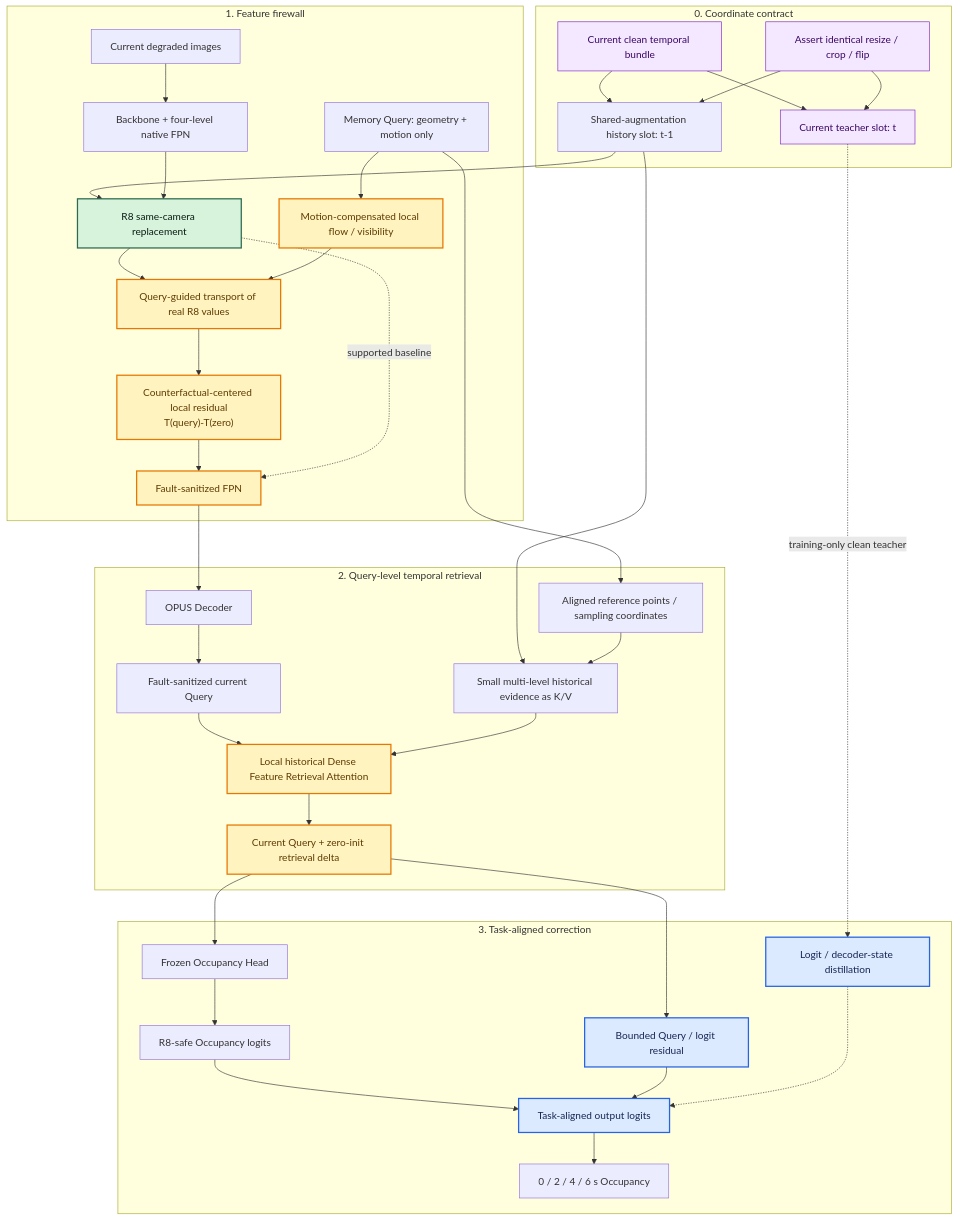
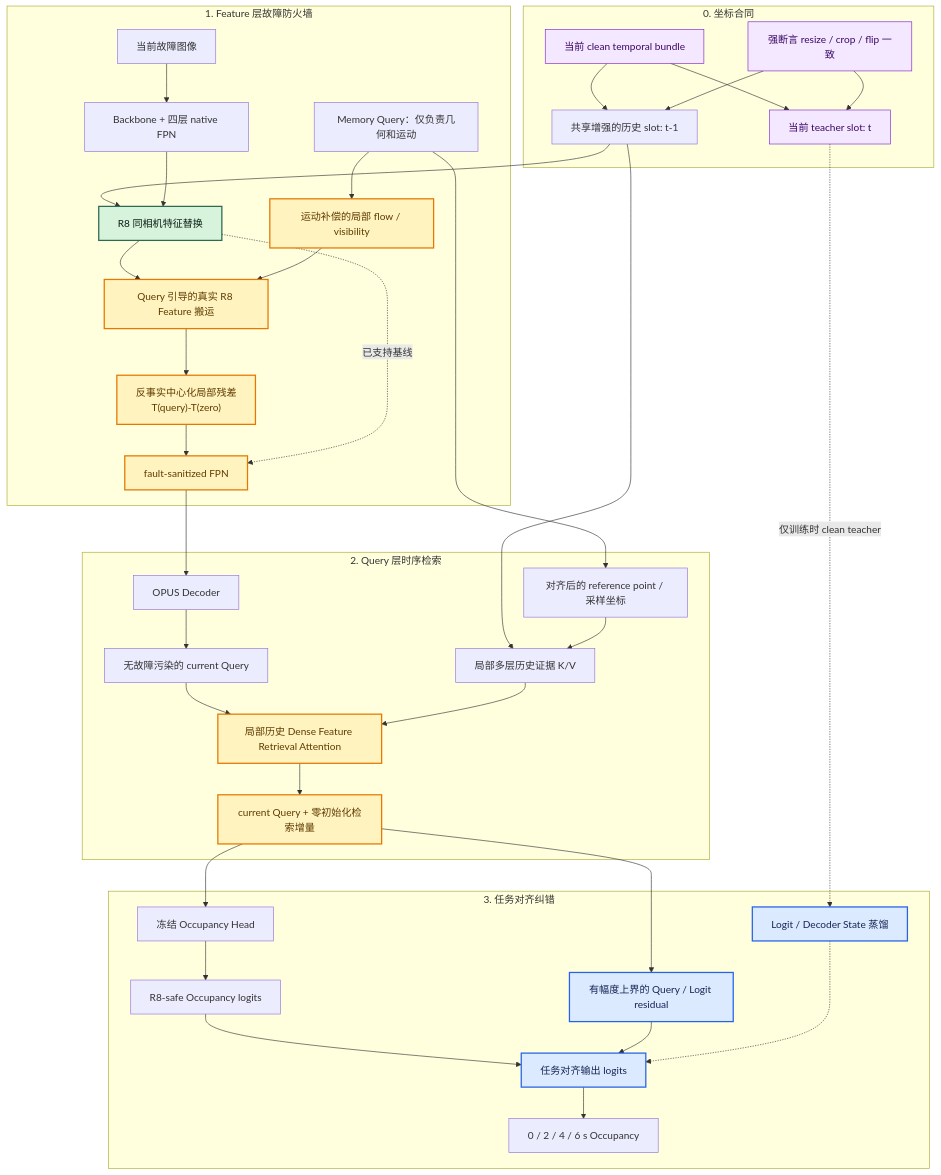
The diagram in README.md (Rexlion777/SparseWorld-4D-Occupancy), drawn with Mermaid before and after one commit. The commit also changed other lines of this file and 3 other files, not shown here.

````diff
--- a/README.md
+++ b/README.md
@@ -121,52 +75,52 @@
 ```mermaid
 flowchart TB
-    subgraph C0["0. Coordinate contract"]
-        CT["Current clean temporal bundle"] --> CF["Current teacher slot: t"]
-        CT --> HF["Shared-augmentation history slot: t-1"]
-        IDA["Assert identical resize / crop / flip"] --> HF
+    subgraph C0["0. 坐标合同"]
+        CT["当前 clean temporal bundle"] --> CF["当前 teacher slot: t"]
+        CT --> HF["共享增强的历史 slot: t-1"]
+        IDA["强断言 resize / crop / flip 一致"] --> HF
         IDA --> CF
     end
 
-    subgraph C1["1. Feature firewall"]
-        DI["Current degraded images"] --> NF["Backbone + four-level native FPN"]
-        HF --> R8["R8 same-camera replacement"]
+    subgraph C1["1. Feature 层故障防火墙"]
+        DI["当前故障图像"] --> NF["Backbone + 四层 native FPN"]
+        HF --> R8["R8 同相机特征替换"]
         NF --> R8
-        MQ["Memory Query: geometry + motion only"] --> FLOW["Motion-compensated local flow / visibility"]
-        R8 --> TRANS["Query-guided transport of real R8 values"]
+        MQ["Memory Query：仅负责几何和运动"] --> FLOW["运动补偿的局部 flow / visibility"]
+        R8 --> TRANS["Query 引导的真实 R8 Feature 搬运"]
         FLOW --> TRANS
-        TRANS --> CEN["Counterfactual-centered local residual<br/>T(query)-T(zero)"]
-        CEN --> SAFE["Fault-sanitized FPN"]
+        TRANS --> CEN["反事实中心化局部残差<br/>T(query)-T(zero)"]
+        CEN --> SAFE["fault-sanitized FPN"]
     end
 
-    subgraph C2["2. Query-level temporal retrieval"]
+    subgraph C2["2. Query 层时序检索"]
         SAFE --> OPUS["OPUS Decoder"]
-        OPUS --> QB["Fault-sanitized current Query"]
-        MQ --> COORD["Aligned reference points / sampling coordinates"]
-        HF --> KV["Small multi-level historical evidence as K/V"]
+        OPUS --> QB["无故障污染的 current Query"]
+        MQ --> COORD["对齐后的 reference point / 采样坐标"]
+        HF --> KV["局部多层历史证据 K/V"]
         COORD --> KV
-        QB --> ATTN["Local historical Dense Feature Retrieval Attention"]
+        QB --> ATTN["局部历史 Dense Feature Retrieval Attention"]
         KV --> ATTN
-        ATTN --> QOUT["Current Query + zero-init retrieval delta"]
+        ATTN --> QOUT["current Query + 零初始化检索增量"]
     end
 
-    subgraph C3["3. Task-aligned correction"]
-        QOUT --> HEAD["Frozen Occupancy Head"]
+    subgraph C3["3. 任务对齐纠错"]
+        QOUT --> HEAD["冻结 Occupancy Head"]
         HEAD --> ZB["R8-safe Occupancy logits"]
-        QOUT --> LR["Bounded Query / logit residual"]
-        ZB --> ZOUT["Task-aligned output logits"]
+        QOUT --> LR["有幅度上界的 Query / Logit residual"]
+        ZB --> ZOUT["任务对齐输出 logits"]
         LR --> ZOUT
         ZOUT --> OCC["0 / 2 / 4 / 6 s Occupancy"]
-        CF -. "training-only clean teacher" .-> DISTILL["Logit / decoder-state distillation"]
+        CF -. "仅训练时 clean teacher" .-> DISTILL["Logit / Decoder State 蒸馏"]
         DISTILL -.-> ZOUT
     end
 
-    R8 -. "supported baseline" .-> SAFE
+    R8 -. "已支持基线" .-> SAFE
     classDef supported fill:#d8f3dc,stroke:#2d6a4f,stroke-width:2px,color:#081c15;
     classDef validating fill:#fff3bf,stroke:#e67700,stroke-width:2px,color:#5f3b00;
     classDef proposed fill:#dbeafe,stroke:#2563eb,stroke-width:2px,color:#172554;
     classDef trainonly fill:#f3e8ff,stroke:#7e22ce,stroke-width:1px,color:#3b0764;
     class R8 supported;
     class FLOW,TRANS,CEN,SAFE,ATTN,QOUT validating;
     class LR,ZOUT,DISTILL proposed;
     class CF,CT,IDA trainonly;
 ```
````
